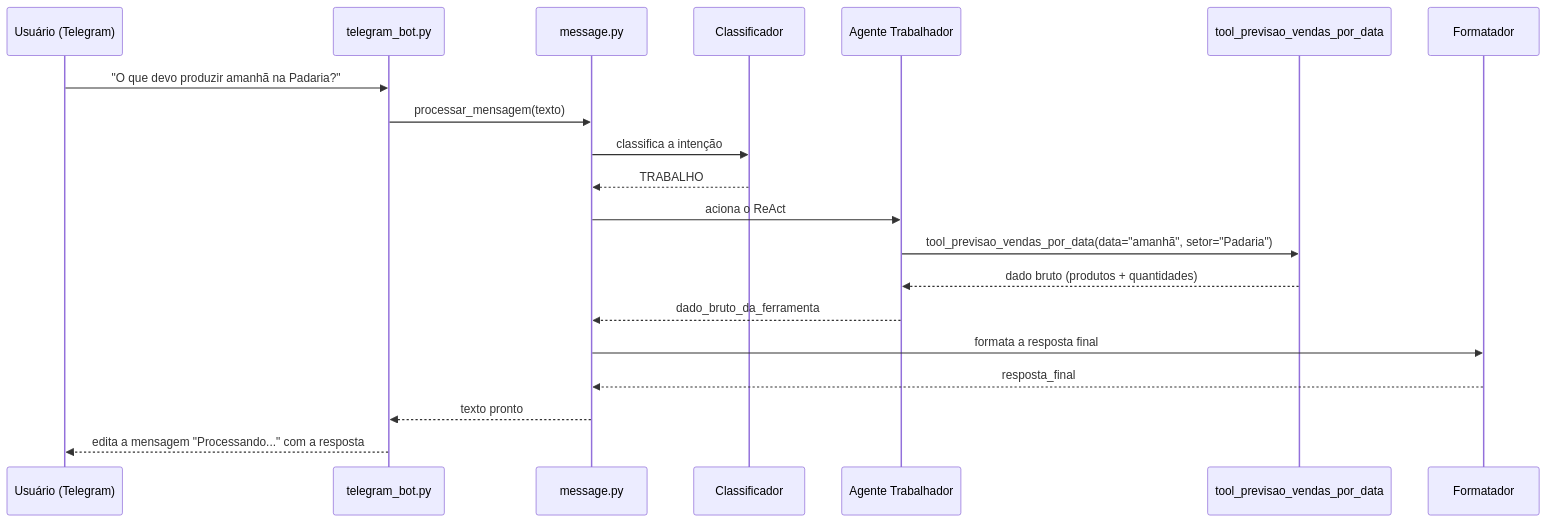
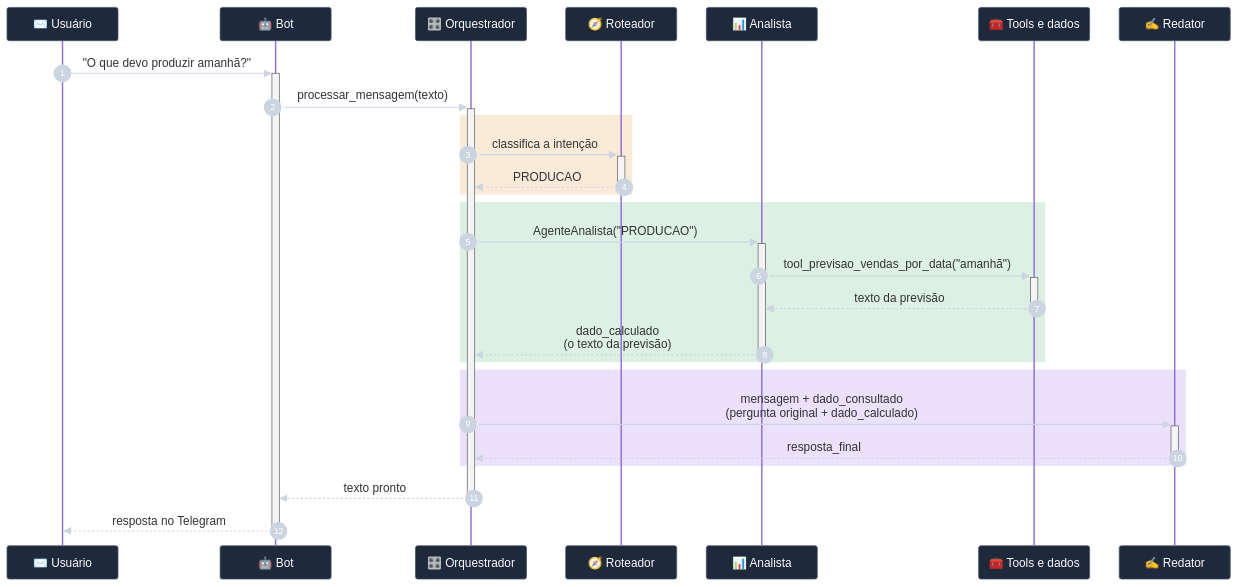
The third of 3 diagrams in docs/cliente/tecnico/Arquitetura.md (McLorem-Tecnologia/api-1-semestre-2026), drawn with Mermaid before and after one commit. The commit also changed other lines of this file and 26 other files, not shown here.

First line of the commit message:
refactor (MT-145, MT-147):  otimiza tempo de resposta do bot e modulariza arquitetura

````diff
--- a/docs/cliente/tecnico/Arquitetura.md
+++ b/docs/cliente/tecnico/Arquitetura.md
@@ -136,23 +320,44 @@
 ```mermaid
+%%{init: {
+  'sequence': {'mirrorActors': true, 'showSequenceNumbers': true, 'actorMargin': 40, 'messageMargin': 40, 'noteMargin': 10, 'width': 150, 'height': 45},
+  'themeVariables': {
+    'fontSize': '15px',
+    'fontFamily': 'Inter, sans-serif',
+    'actorBkg': '#1e293b', 'actorBorder': '#475569', 'actorTextColor': '#f8fafc',
+    'signalColor': '#cbd5e1', 'sequenceNumberColor': '#ffffff'
+  }
+}}%%
 sequenceDiagram
-    participant U as Usuário (Telegram)
-    participant Bot as telegram_bot.py
-    participant Msg as message.py
-    participant Cls as Classificador
-    participant Trab as Agente Trabalhador
-    participant Tool as tool_previsao_vendas_por_data
-    participant Fmt as Formatador
+    autonumber
 
-    U->>Bot: "O que devo produzir amanhã na Padaria?"
-    Bot->>Msg: processar_mensagem(texto)
-    Msg->>Cls: classifica a intenção
-    Cls-->>Msg: TRABALHO
-    Msg->>Trab: aciona o ReAct
-    Trab->>Tool: tool_previsao_vendas_por_data(data="amanhã", setor="Padaria")
-    Tool-->>Trab: dado bruto (produtos + quantidades)
-    Trab-->>Msg: dado_bruto_da_ferramenta
-    Msg->>Fmt: formata a resposta final
-    Fmt-->>Msg: resposta_final
-    Msg-->>Bot: texto pronto
-    Bot-->>U: edita a mensagem "Processando..." com a resposta
+    participant U as ✉️ Usuário
+    participant Bot as 🤖 Bot
+    participant Msg as 🎛️ Orquestrador
+    participant Rot as 🧭 Roteador
+    participant Ana as 📊 Analista
+    participant Dados as 🧰 Tools e dados
+    participant Red as ✍️ Redator
+
+    U->>+Bot: "O que devo produzir amanhã?"
+    Bot->>+Msg: processar_mensagem(texto)
+
+    rect rgba(217, 119, 6, 0.15)
+        Msg->>+Rot: classifica a intenção
+        Rot-->>-Msg: PRODUCAO
+    end
+
+    rect rgba(22, 163, 74, 0.15)
+        Msg->>+Ana: AgenteAnalista("PRODUCAO")
+        Ana->>+Dados: tool_previsao_vendas_por_data("amanhã")
+        Dados-->>-Ana: texto da previsão
+        Ana-->>-Msg: dado_calculado<br/>(o texto da previsão)
+    end
+
+    rect rgba(124, 58, 237, 0.15)
+        Msg->>+Red: mensagem + dado_consultado<br/>(pergunta original + dado_calculado)
+        Red-->>-Msg: resposta_final
+    end
+
+    Msg-->>-Bot: texto pronto
+    Bot-->>-U: resposta no Telegram
 ```
````
